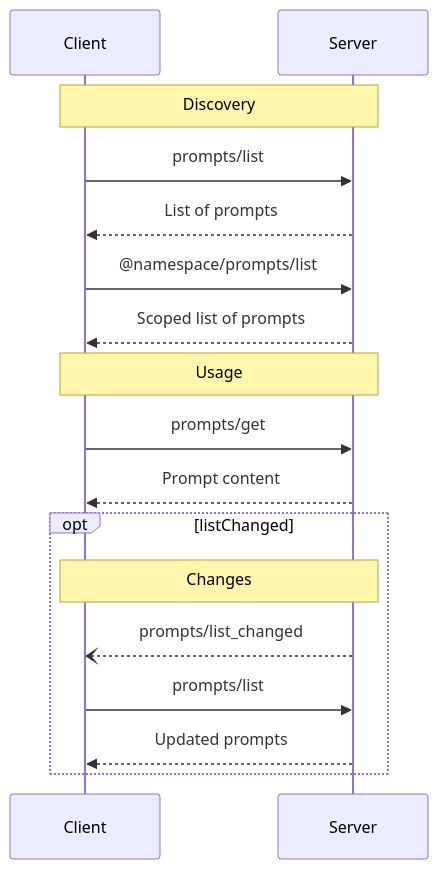
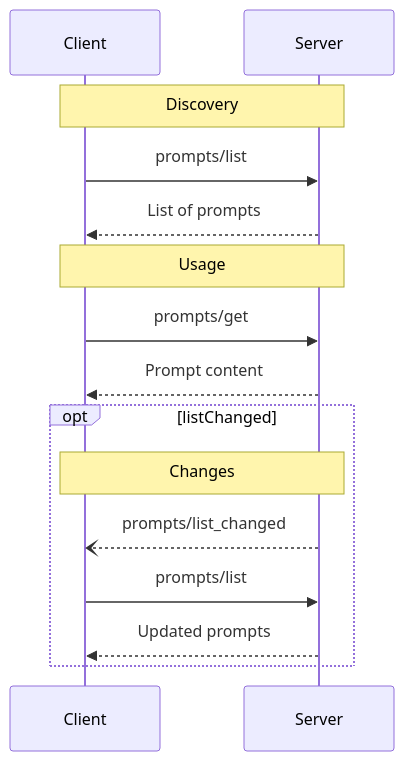
One commit to modelcontextprotocol/specification changed the diagram in docs/specification/2025-03-26/server/prompts.mdx. Above: the diagram before and after it, drawn with Mermaid. The commit also changed 5 other files, not shown here.

````diff
--- a/docs/specification/2025-03-26/server/prompts.mdx
+++ b/docs/specification/2025-03-26/server/prompts.mdx
@@ -147,22 +147,20 @@
 ```mermaid
 sequenceDiagram
     participant Client
     participant Server
 
     Note over Client,Server: Discovery
     Client->>Server: prompts/list
     Server-->>Client: List of prompts
-    Client->>Server: @namespace/prompts/list
-    Server-->>Client: Scoped list of prompts
 
     Note over Client,Server: Usage
     Client->>Server: prompts/get
     Server-->>Client: Prompt content
 
     opt listChanged
       Note over Client,Server: Changes
       Server--)Client: prompts/list_changed
       Client->>Server: prompts/list
       Server-->>Client: Updated prompts
     end
 ```
````
